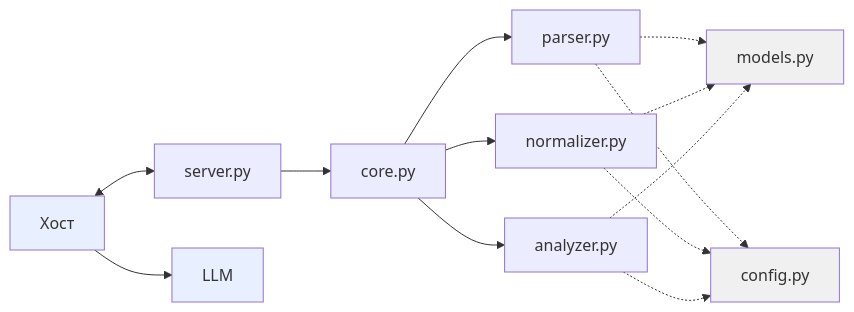
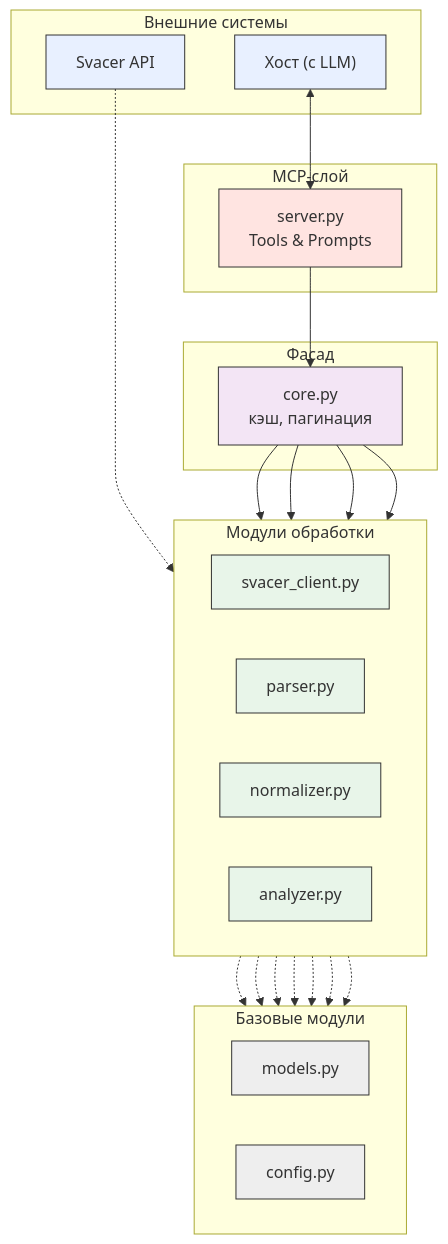
Before and after one commit to Otto-7/mcp: the second of 2 diagrams in docs/architecture.md, drawn with Mermaid.

Commit message:
Update architecture diagram and component descriptions

````diff
--- a/docs/architecture.md
+++ b/docs/architecture.md
@@ -59,30 +59,61 @@
 ```mermaid
-flowchart LR
-    Host["Хост"]
-    S["server.py"]
-    C["core.py"]
-    P["parser.py"]
-    N["normalizer.py"]
-    A["analyzer.py"]
-    M["models.py"]
-    CFG["config.py"]
-    LLM["LLM"]
+flowchart TD
+    subgraph External ["Внешние системы"]
+        Host["Хост (с LLM)"]
+        Svacer["Svacer API"]
+    end
 
+    subgraph MCP ["MCP-слой"]
+        S["server.py<br/>Tools & Prompts"]
+    end
+
+    subgraph Logic ["Фасад"]
+        C["core.py<br/>кэш, пагинация"]
+    end
+
+    subgraph Processing ["Модули обработки"]
+        direction LR
+        SC["svacer_client.py"]
+        P["parser.py"]
+        N["normalizer.py"]
+        A["analyzer.py"]
+    end
+
+    subgraph Base ["Базовые модули"]
+        direction LR
+        M["models.py"]
+        CFG["config.py"]
+    end
+
+    %% Связи
     Host <--> S
+    Svacer -.-> SC
+    
     S --> C
+    C --> SC
     C --> P
     C --> N
     C --> A
+    
     P -.-> M
     N -.-> M
     A -.-> M
+    
+    SC -.-> CFG
     P -.-> CFG
     N -.-> CFG
     A -.-> CFG
-    Host --> LLM
 
-    style M fill:#f0f0f0
-    style CFG fill:#f0f0f0
-    style Host fill:#e8f0ff
-    style LLM fill:#e8f0ff
+    %% Стили
+    classDef ext fill:#e8f0ff,stroke:#333
+    classDef mcp fill:#ffe4e1,stroke:#333
+    classDef logic fill:#f3e5f5,stroke:#333
+    classDef proc fill:#e8f5e9,stroke:#333
+    classDef base fill:#eeeeee,stroke:#333
+
+    class Host,Svacer ext
+    class S mcp
+    class C logic
+    class SC,P,N,A proc
+    class M,CFG base
 ```
````
